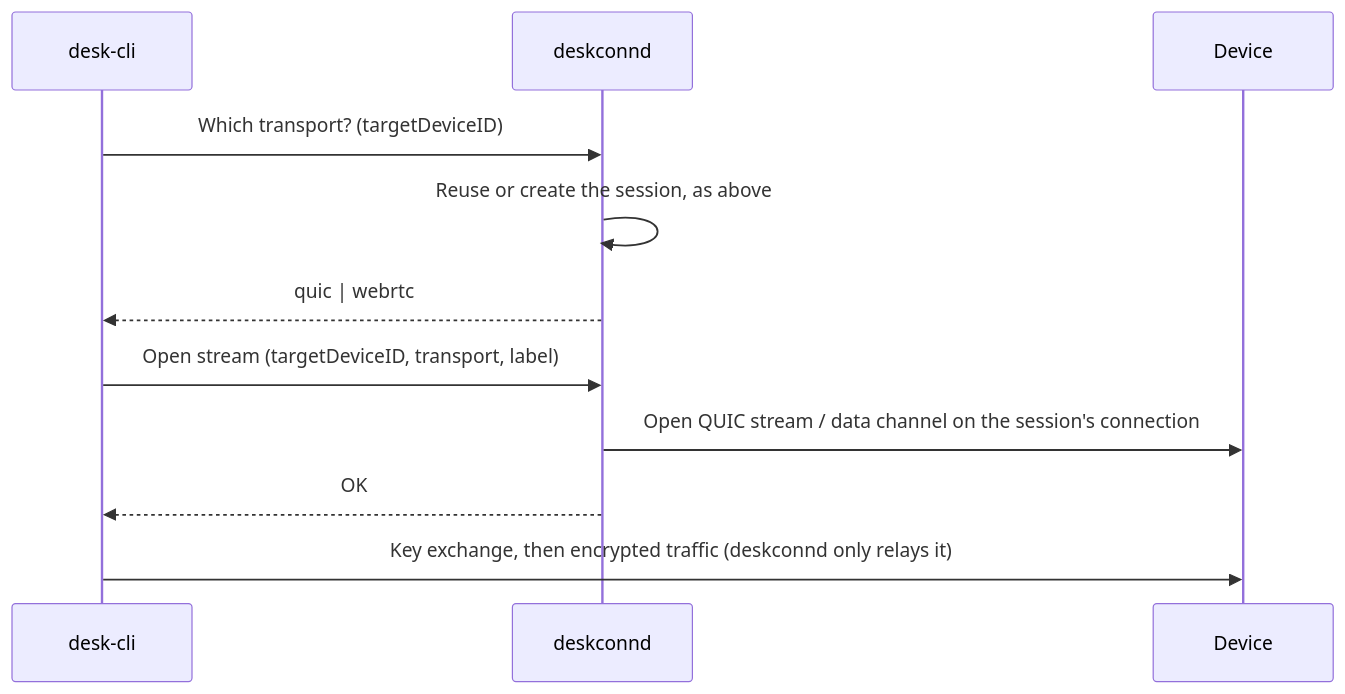
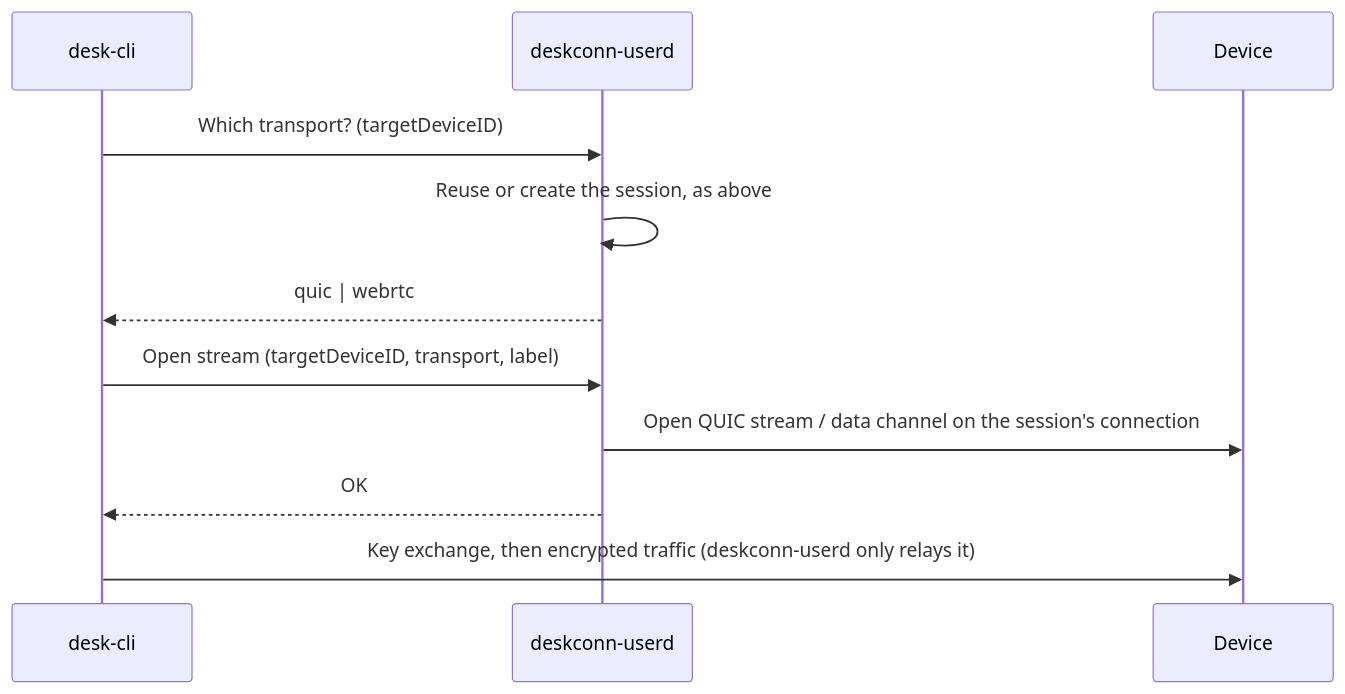
One commit to xconnio/deskconn changed the fifth of 5 diagrams in architecture/architecture.md. Above: the diagram before and after it, drawn with Mermaid. The commit also changed other lines of this file and 21 other files, not shown here.

````diff
--- a/architecture/architecture.md
+++ b/architecture/architecture.md
@@ -97,16 +97,16 @@
 ```mermaid
 sequenceDiagram
     participant C as desk-cli
-    participant D as deskconnd
+    participant D as deskconn-userd
     participant Dev as Device
 
     C->>D: Which transport? (targetDeviceID)
     D->>D: Reuse or create the session, as above
     D-->>C: quic | webrtc
 
     C->>D: Open stream (targetDeviceID, transport, label)
     D->>Dev: Open QUIC stream / data channel on the session's connection
     D-->>C: OK
 
-    C->>Dev: Key exchange, then encrypted traffic (deskconnd only relays it)
+    C->>Dev: Key exchange, then encrypted traffic (deskconn-userd only relays it)
 ```
````
